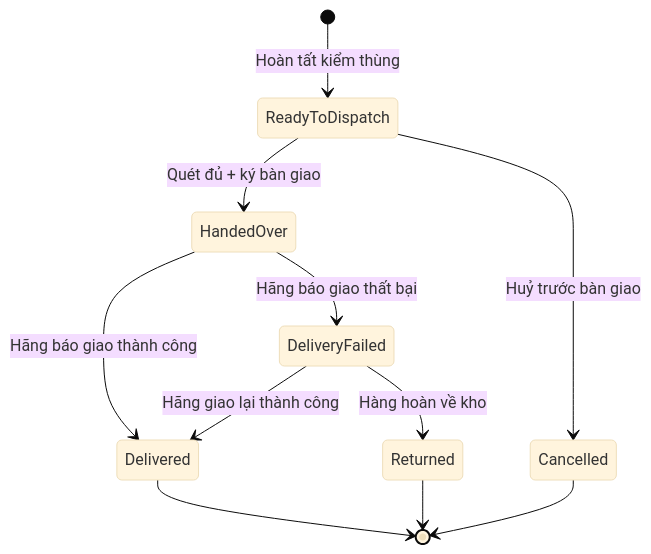
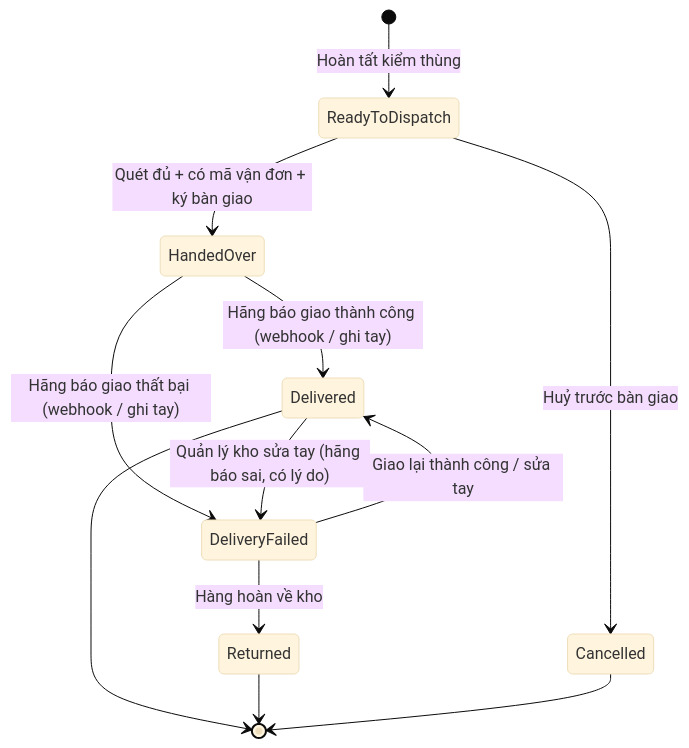
One commit to KLTN-FA26/docs changed the first of 3 diagrams in docs/warehouse/09-shipping/README.md. Above: the diagram before and after it, drawn with Mermaid (base theme). The commit also changed other lines of this file and 16 other files, not shown here.

````diff
--- a/docs/warehouse/09-shipping/README.md
+++ b/docs/warehouse/09-shipping/README.md
@@ -246,13 +401,14 @@
 ```mermaid
 stateDiagram-v2
     [*] --> ReadyToDispatch: Hoàn tất kiểm thùng
-    ReadyToDispatch --> HandedOver: Quét đủ + ký bàn giao
+    ReadyToDispatch --> HandedOver: Quét đủ + có mã vận đơn + ký bàn giao
     ReadyToDispatch --> Cancelled: Huỷ trước bàn giao
-    HandedOver --> Delivered: Hãng báo giao thành công
-    HandedOver --> DeliveryFailed: Hãng báo giao thất bại
-    DeliveryFailed --> Delivered: Hãng giao lại thành công
+    HandedOver --> Delivered: Hãng báo giao thành công (webhook / ghi tay)
+    HandedOver --> DeliveryFailed: Hãng báo giao thất bại (webhook / ghi tay)
+    DeliveryFailed --> Delivered: Giao lại thành công / sửa tay
+    Delivered --> DeliveryFailed: Quản lý kho sửa tay (hãng báo sai, có lý do)
     DeliveryFailed --> Returned: Hàng hoàn về kho
     Delivered --> [*]
     Returned --> [*]
     Cancelled --> [*]
 ```
````
